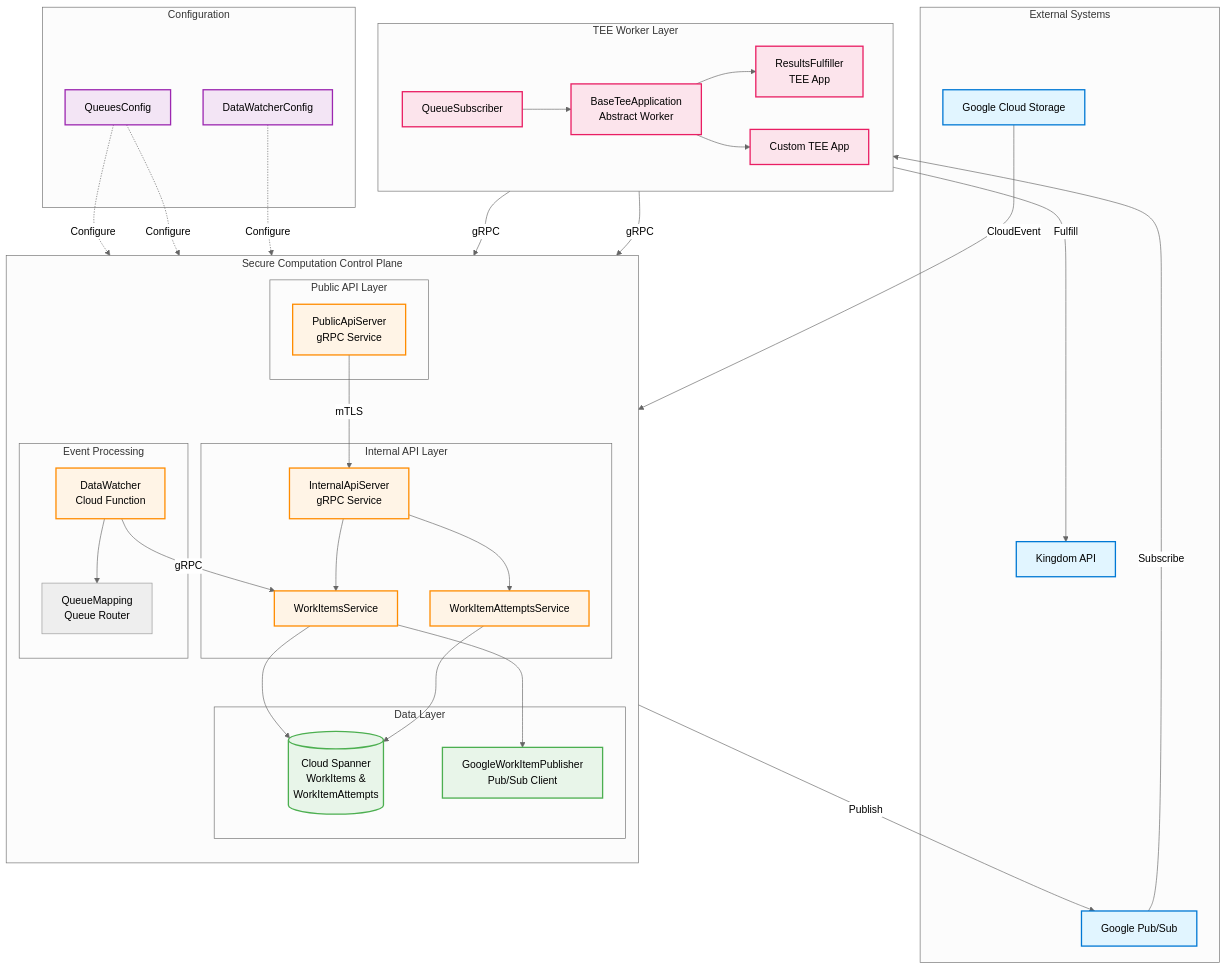
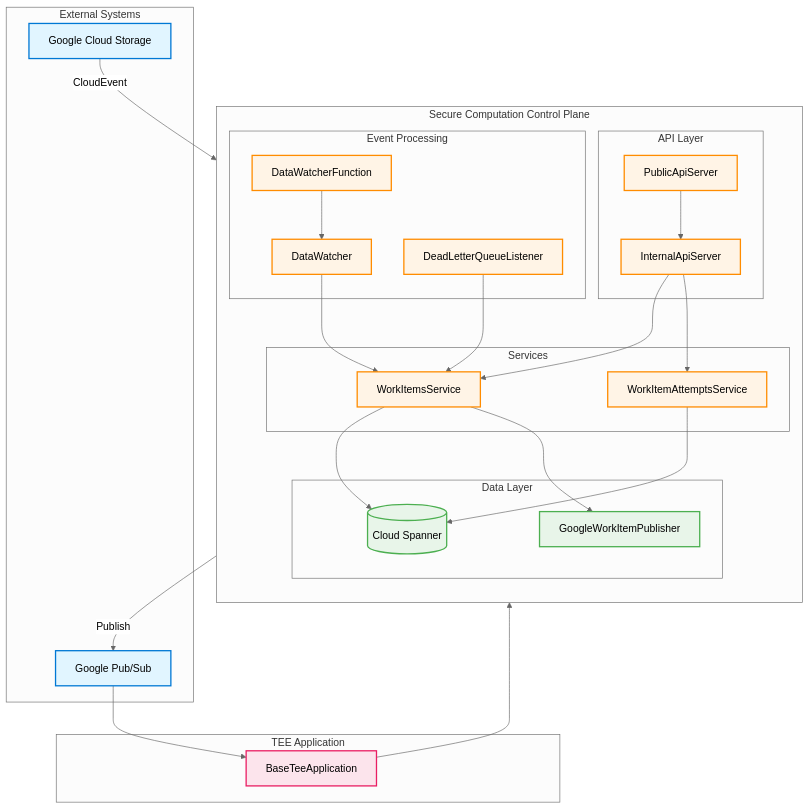
Before and after one commit to world-federation-of-advertisers/cross-media-measurement: the first of 2 diagrams in docs/architecture/securecomputation.md, drawn with Mermaid (neutral theme). The commit also changed other lines of this file and 249 other files, not shown here.

````diff
--- a/docs/architecture/securecomputation.md
+++ b/docs/architecture/securecomputation.md
@@ -29,84 +18,64 @@
 graph TB
     subgraph "External Systems"
         GCS[Google Cloud Storage]
-        Kingdom[Kingdom API]
         PubSub[Google Pub/Sub]
     end
 
     subgraph "Secure Computation Control Plane"
         direction TB
 
-        subgraph "Public API Layer"
-            PublicAPI[PublicApiServer<br/>gRPC Service]
+        subgraph "API Layer"
+            PublicAPI[PublicApiServer]
+            InternalAPI[InternalApiServer]
         end
 
-        subgraph "Internal API Layer"
-            InternalAPI[InternalApiServer<br/>gRPC Service]
+        subgraph "Services"
             WorkItemsSvc[WorkItemsService]
             WorkItemAttemptsSvc[WorkItemAttemptsService]
         end
 
         subgraph "Data Layer"
-            Spanner[(Cloud Spanner<br/>WorkItems &<br/>WorkItemAttempts)]
-            Publisher[GoogleWorkItemPublisher<br/>Pub/Sub Client]
+            Spanner[(Cloud Spanner)]
+            Publisher[GoogleWorkItemPublisher]
         end
 
         subgraph "Event Processing"
-            DataWatcher[DataWatcher<br/>Cloud Function]
-            QueueMapping[QueueMapping<br/>Queue Router]
+            DataWatcherFn[DataWatcherFunction]
+            DataWatcher[DataWatcher]
+            DLQListener[DeadLetterQueueListener]
         end
     end
 
-    subgraph "TEE Worker Layer"
-        direction LR
-        Subscriber[QueueSubscriber]
-        BaseTeeApp[BaseTeeApplication<br/>Abstract Worker]
-        Worker1[ResultsFulfiller<br/>TEE App]
-        Worker2[Custom TEE App]
-    end
-
-    subgraph "Configuration"
-        QueueConfig[QueuesConfig]
-        WatcherConfig[DataWatcherConfig]
+    subgraph "TEE Application"
+        BaseTeeApp[BaseTeeApplication]
     end
 
     %% External to Control Plane
-    GCS -->|CloudEvent| DataWatcher
+    GCS -->|CloudEvent| DataWatcherFn
+    DataWatcherFn --> DataWatcher
 
     %% Within Control Plane
-    PublicAPI -->|mTLS| InternalAPI
+    PublicAPI --> InternalAPI
     InternalAPI --> WorkItemsSvc
     InternalAPI --> WorkItemAttemptsSvc
     WorkItemsSvc --> Spanner
     WorkItemsSvc --> Publisher
     WorkItemAttemptsSvc --> Spanner
-    DataWatcher -->|gRPC| WorkItemsSvc
-    DataWatcher --> QueueMapping
+    DataWatcher --> WorkItemsSvc
     Publisher -->|Publish| PubSub
+    DLQListener --> WorkItemsSvc
 
     %% TEE Layer
-    PubSub -->|Subscribe| Subscriber
-    Subscriber --> BaseTeeApp
-    BaseTeeApp --> Worker1
-    BaseTeeApp --> Worker2
-    Worker1 -->|gRPC| PublicAPI
-    Worker2 -->|gRPC| PublicAPI
-    Worker1 -->|Fulfill| Kingdom
-
-    %% Configuration
-    QueueConfig -.->|Configure| QueueMapping
-    QueueConfig -.->|Configure| Publisher
-    WatcherConfig -.->|Configure| DataWatcher
+    PubSub --> BaseTeeApp
+    BaseTeeApp --> PublicAPI
 
     classDef external fill:#e1f5ff,stroke:#0078d4,stroke-width:2px
     classDef api fill:#fff4e6,stroke:#ff8c00,stroke-width:2px
     classDef data fill:#e8f5e9,stroke:#4caf50,stroke-width:2px
     classDef worker fill:#fce4ec,stroke:#e91e63,stroke-width:2px
-    classDef config fill:#f3e5f5,stroke:#9c27b0,stroke-width:2px
 
-    class GCS,Kingdom,PubSub external
-    class PublicAPI,InternalAPI,WorkItemsSvc,WorkItemAttemptsSvc,DataWatcher api
+    class GCS,PubSub external
+    class PublicAPI,InternalAPI,WorkItemsSvc,WorkItemAttemptsSvc,DataWatcherFn,DataWatcher,DLQListener api
     class Spanner,Publisher data
-    class Subscriber,BaseTeeApp,Worker1,Worker2 worker
-    class QueueConfig,WatcherConfig config
+    class BaseTeeApp worker
 ```
````
